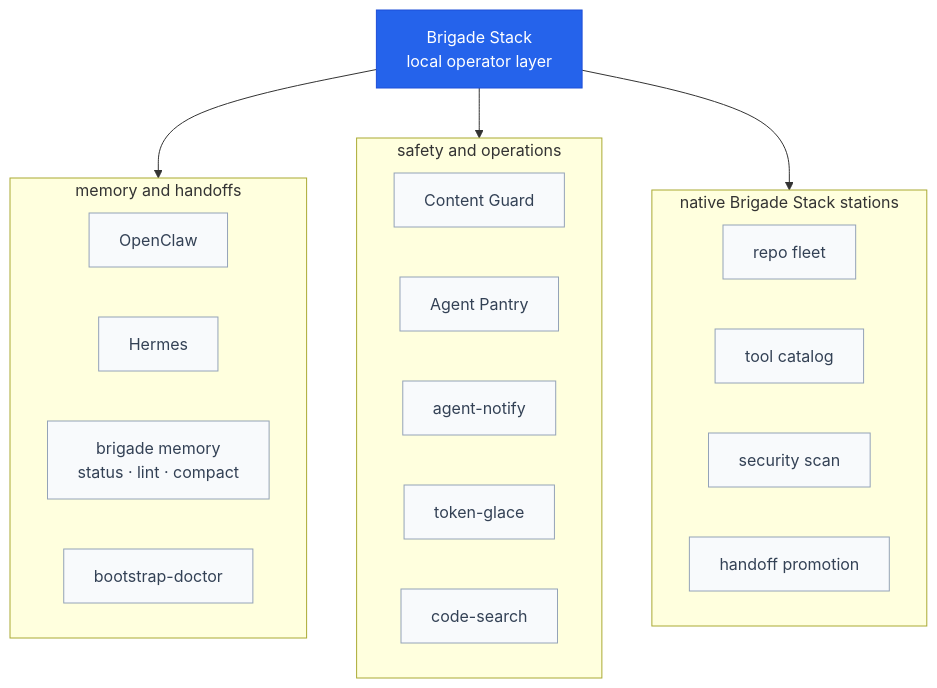
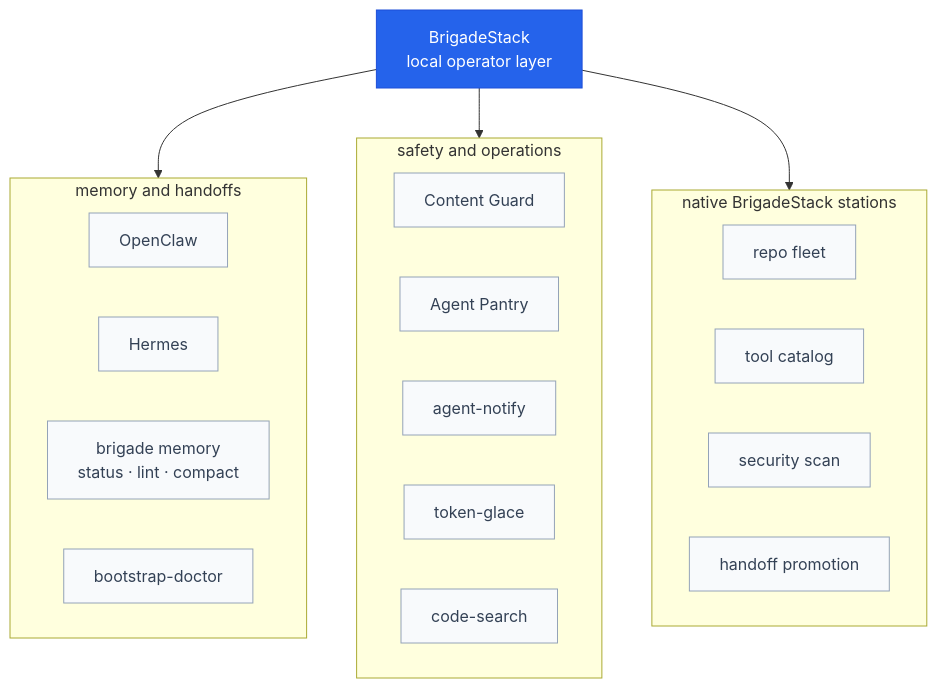
Before and after one commit to escoffier-labs/brigade: the fifth of 12 diagrams in docs/overview.md, drawn with Mermaid. The commit also changed other lines of this file and 42 other files, not shown here.

First line of the commit message:
docs: use BrigadeStack and refresh repository links

````diff
--- a/docs/overview.md
+++ b/docs/overview.md
@@ -346,35 +346,35 @@
 ```mermaid
 flowchart TB
-    BRIGADE["Brigade Stack<br/>local operator layer"]
+    BRIGADE["BrigadeStack<br/>local operator layer"]
 
     subgraph MEMORY [" memory and handoffs "]
         OPENCLAW["OpenClaw"]
         HERMES["Hermes"]
         MDOCTOR["brigade memory<br/>status · lint · compact"]
         BDOCTOR["bootstrap-doctor"]
     end
 
     subgraph SAFETY [" safety and operations "]
         GUARD["Content Guard"]
         PANTRY["Agent Pantry"]
         NOTIFY["agent-notify"]
         TOKEN["token-glace"]
         SEARCH["code-search"]
     end
 
-    subgraph NATIVE [" native Brigade Stack stations "]
+    subgraph NATIVE [" native BrigadeStack stations "]
         REPOS["repo fleet"]
         TOOLS["tool catalog"]
         SECURITY["security scan"]
         HANDOFFS["handoff promotion"]
     end
 
     BRIGADE --> MEMORY
     BRIGADE --> SAFETY
     BRIGADE --> NATIVE
 
     classDef core fill:#2563eb,stroke:#1d4ed8,color:#fff;
     classDef group fill:#f8fafc,stroke:#94a3b8,color:#334155;
     class BRIGADE core;
     class OPENCLAW,HERMES,MDOCTOR,BDOCTOR,GUARD,PANTRY,NOTIFY,TOKEN,SEARCH,REPOS,TOOLS,SECURITY,HANDOFFS group;
 ```
````
